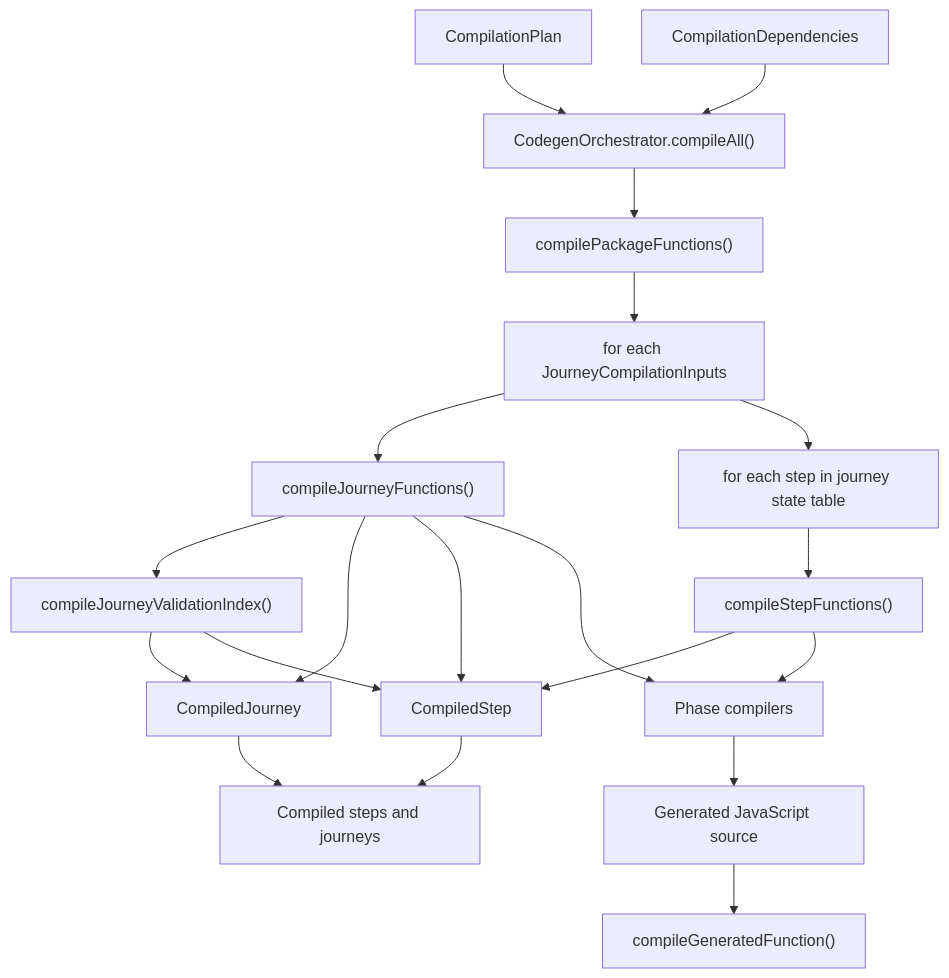
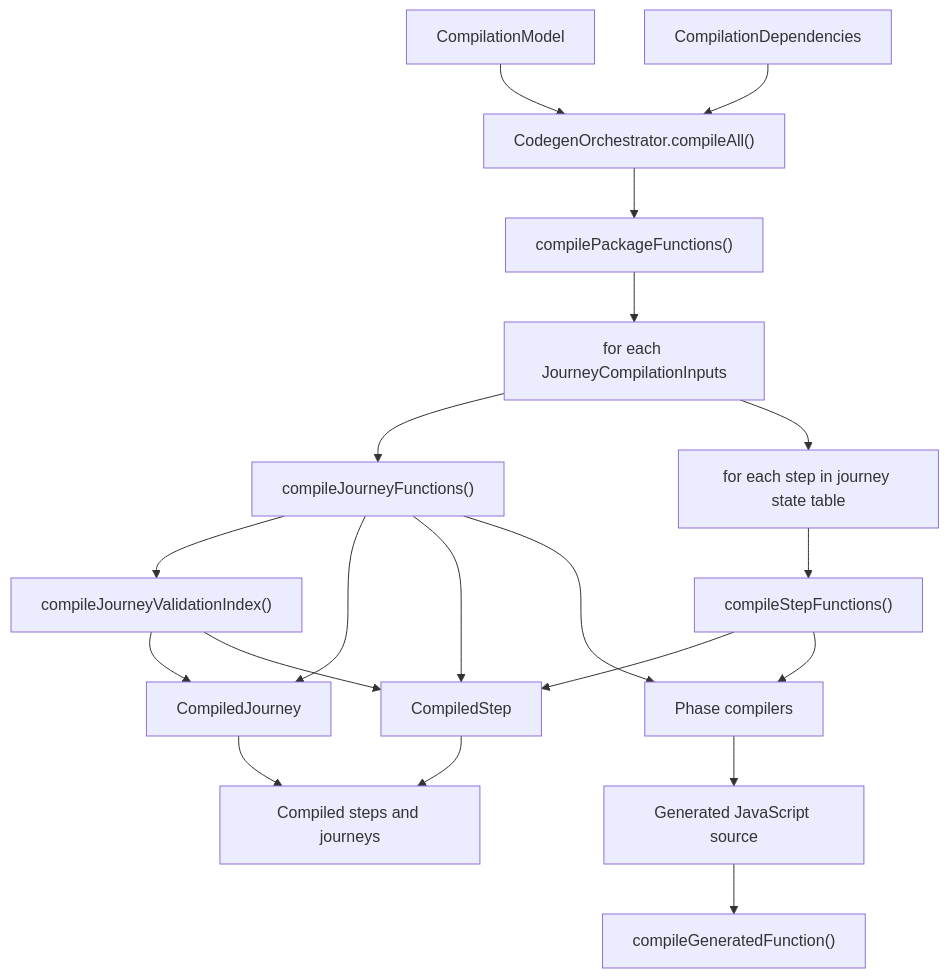
The diagram in packages/forge-core/src/engine/compilation/lowering/README.md (ministryofjustice/hmpps-forge), drawn with Mermaid before and after one commit. The commit also changed other lines of this file and 118 other files, not shown here.

Commit message:
Rework analysis into one hierarchical compilation model per package

````diff
--- a/packages/forge-core/src/engine/compilation/lowering/README.md
+++ b/packages/forge-core/src/engine/compilation/lowering/README.md
@@ -158,22 +159,22 @@
 ```mermaid
 flowchart TD
-  compilationPlan["CompilationPlan"] --> orchestrator["CodegenOrchestrator.compileAll()"]
+  compilationPlan["CompilationModel"] --> orchestrator["CodegenOrchestrator.compileAll()"]
   dependencies["CompilationDependencies"] --> orchestrator
   orchestrator --> packageFunctions["compilePackageFunctions()"]
   packageFunctions --> journeyLoop["for each JourneyCompilationInputs"]
   journeyLoop --> journeyFunctions["compileJourneyFunctions()"]
   journeyFunctions --> validationIndex["compileJourneyValidationIndex()"]
   journeyFunctions --> compiledJourney["CompiledJourney"]
   validationIndex --> compiledJourney
   journeyLoop --> stepLoop["for each step in journey state table"]
   stepLoop --> stepFunctions["compileStepFunctions()"]
   stepFunctions --> compiledStep["CompiledStep"]
   journeyFunctions --> compiledStep
   validationIndex --> compiledStep
   journeyFunctions --> phaseCompilers["Phase compilers"]
   stepFunctions --> phaseCompilers
   phaseCompilers --> source["Generated JavaScript source"]
   source --> generatedFunction["compileGeneratedFunction()"]
   compiledJourney --> result["Compiled steps and journeys"]
   compiledStep --> result
 ```
````
